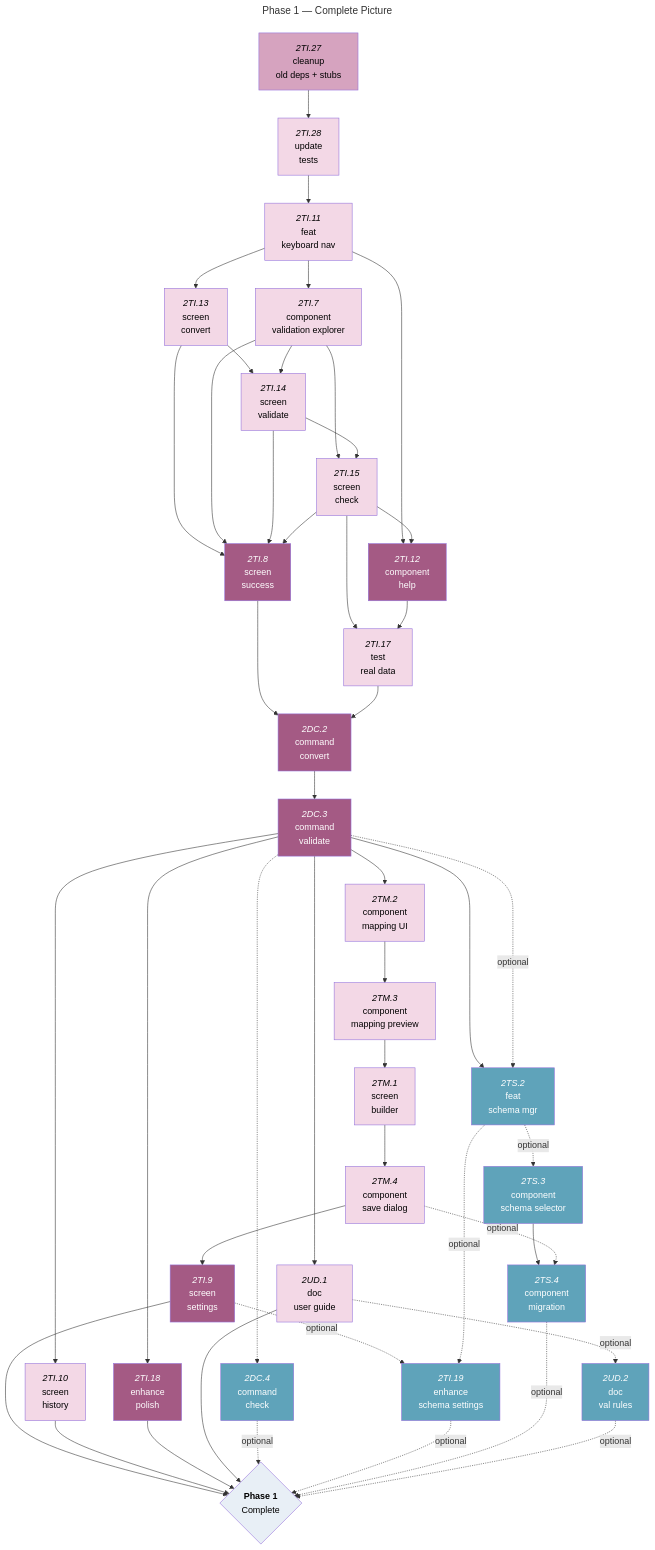
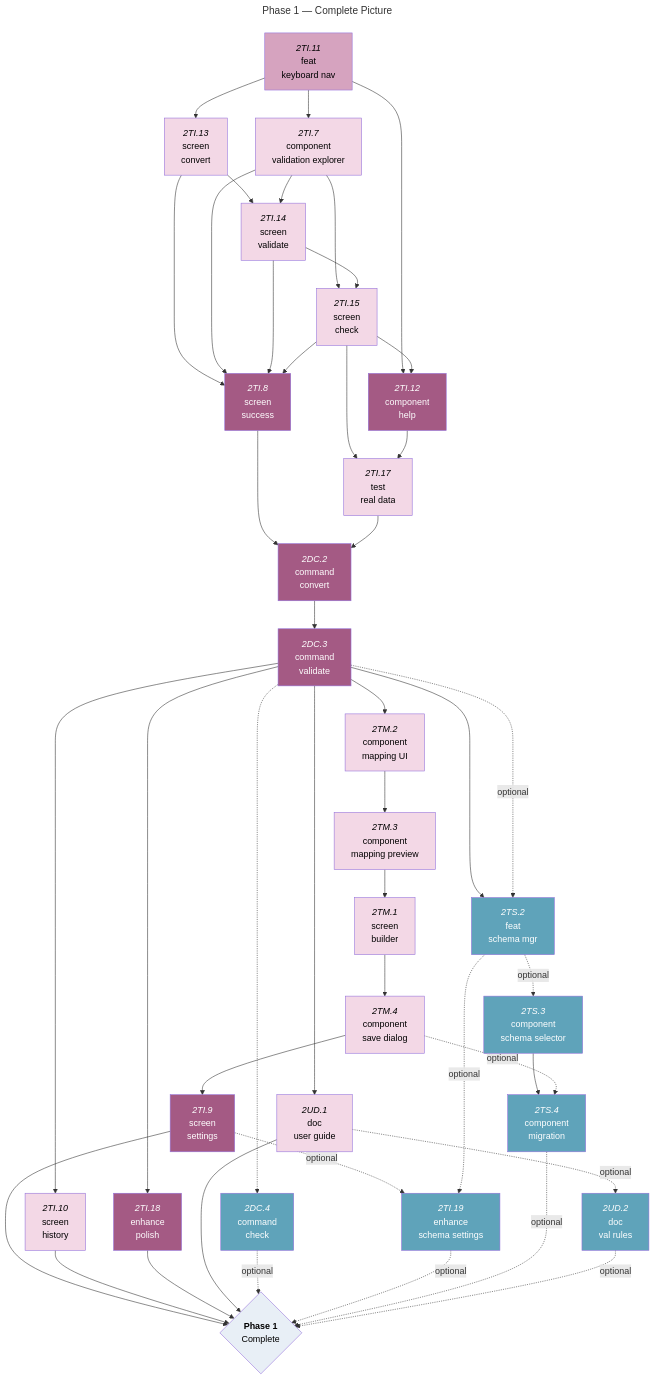
One commit to foundersandcoders/iris changed the fifth of 5 diagrams in docs/roadmaps/phase-1-mvp-features.md. Above: the diagram before and after it, drawn with Mermaid. The commit also changed other lines of this file, not shown here.

Commit message:
docs: update roadmap

```diff
--- a/docs/roadmaps/phase-1-mvp-features.md
+++ b/docs/roadmaps/phase-1-mvp-features.md
@@ -338,12 +314,8 @@
 ---
 graph TD
 
-%% OpenTUI Migration (Phases 1-2 complete) %%
-2TI.27["`*2TI.27*<br/>cleanup<br/>old deps + stubs`"]:::must-open
-2TI.28["`*2TI.28*<br/>update<br/>tests`"]:::must-blocked
-
 %% M2A Core Tasks %%
-2TI.11["`*2TI.11*<br/>feat<br/>keyboard nav`"]:::must-blocked
+2TI.11["`*2TI.11*<br/>feat<br/>keyboard nav`"]:::must-open
 2TI.13["`*2TI.13*<br/>screen<br/>convert`"]:::must-blocked
 2TI.7["`*2TI.7*<br/>component<br/>validation explorer`"]:::must-blocked
 2TI.14["`*2TI.14*<br/>screen<br/>validate`"]:::must-blocked
@@ -374,10 +346,6 @@
 
 %% Milestone nodes %%
 phase1{"`**Phase 1**<br/>Complete`"}:::mile
-
-%% Migration Dependencies (Phases 1-2 complete) %%
-2TI.27 --> 2TI.28
-2TI.28 --> 2TI.11
 
 %% M2A Dependencies %%
 2TI.11 --> 2TI.13 & 2TI.7 & 2TI.12
```
